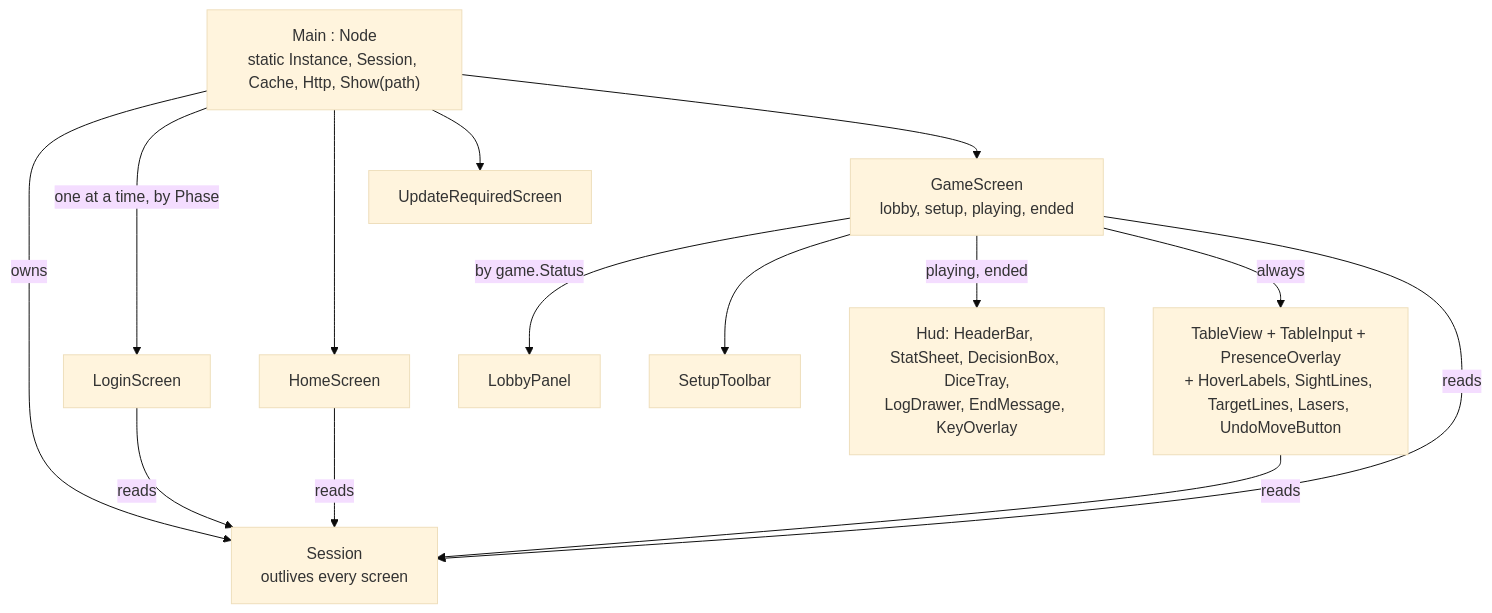
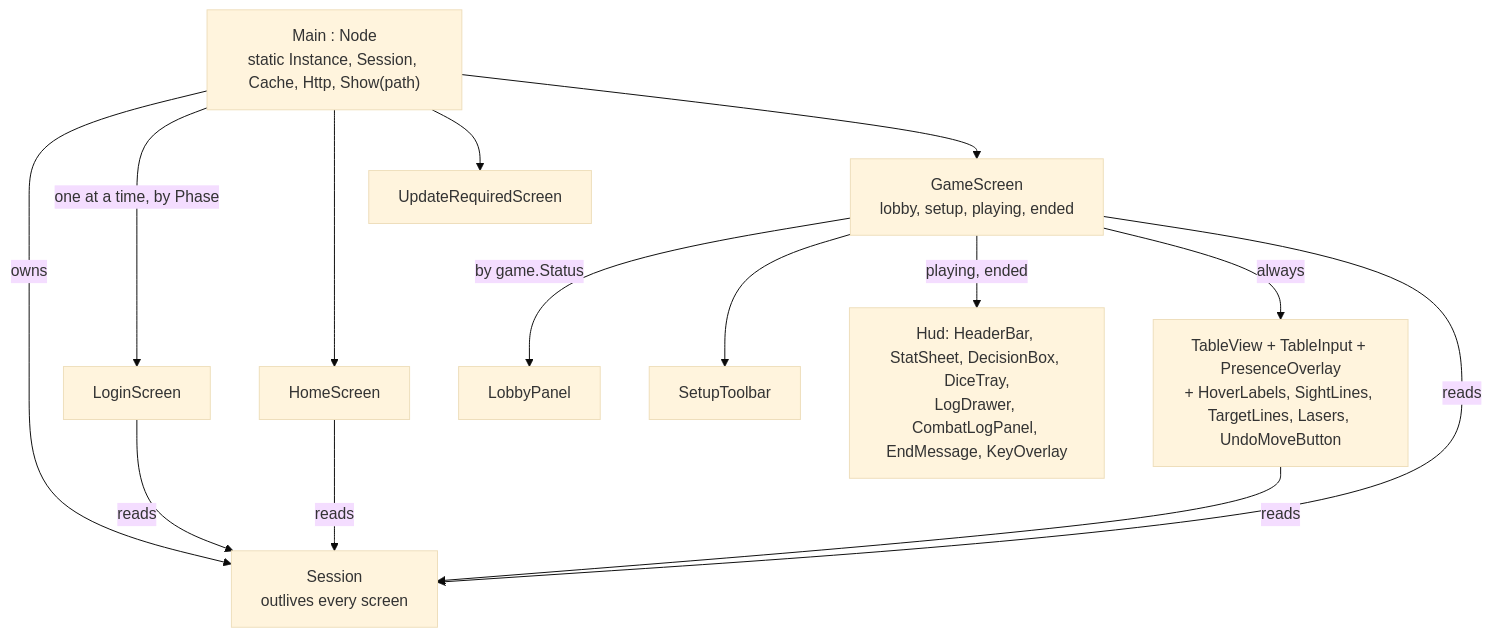
The second of 13 diagrams in docs/design/client/design.md (cstupi/tabletop), drawn with Mermaid (base theme) before and after one commit. The commit also changed other lines of this file and 6 other files, not shown here.

First line of the commit message:
Document the combat log and the threshold basis

````diff
--- a/docs/design/client/design.md
+++ b/docs/design/client/design.md
@@ -166,27 +166,27 @@
 ```mermaid
 flowchart TD
   main["Main : Node<br/>static Instance, Session, Cache, Http, Show(path)"]
   session["Session<br/>outlives every screen"]
   login["LoginScreen"]
   home["HomeScreen"]
   update["UpdateRequiredScreen"]
   gamescr["GameScreen<br/>lobby, setup, playing, ended"]
   lobby["LobbyPanel"]
   setup["SetupToolbar"]
-  hud["Hud: HeaderBar, StatSheet, DecisionBox, DiceTray,<br/>LogDrawer, EndMessage, KeyOverlay"]
+  hud["Hud: HeaderBar, StatSheet, DecisionBox, DiceTray,<br/>LogDrawer, CombatLogPanel, EndMessage, KeyOverlay"]
   table["TableView + TableInput + PresenceOverlay<br/>+ HoverLabels, SightLines, TargetLines, Lasers, UndoMoveButton"]
 
   main -- owns --> session
   main -- "one at a time, by Phase" --> login
   main --> home
   main --> update
   main --> gamescr
   gamescr -- "by game.Status" --> lobby
   gamescr --> setup
   gamescr -- "playing, ended" --> hud
   gamescr -- "always" --> table
   login -- reads --> session
   home -- reads --> session
   gamescr -- reads --> session
   table -- reads --> session
 ```
````
